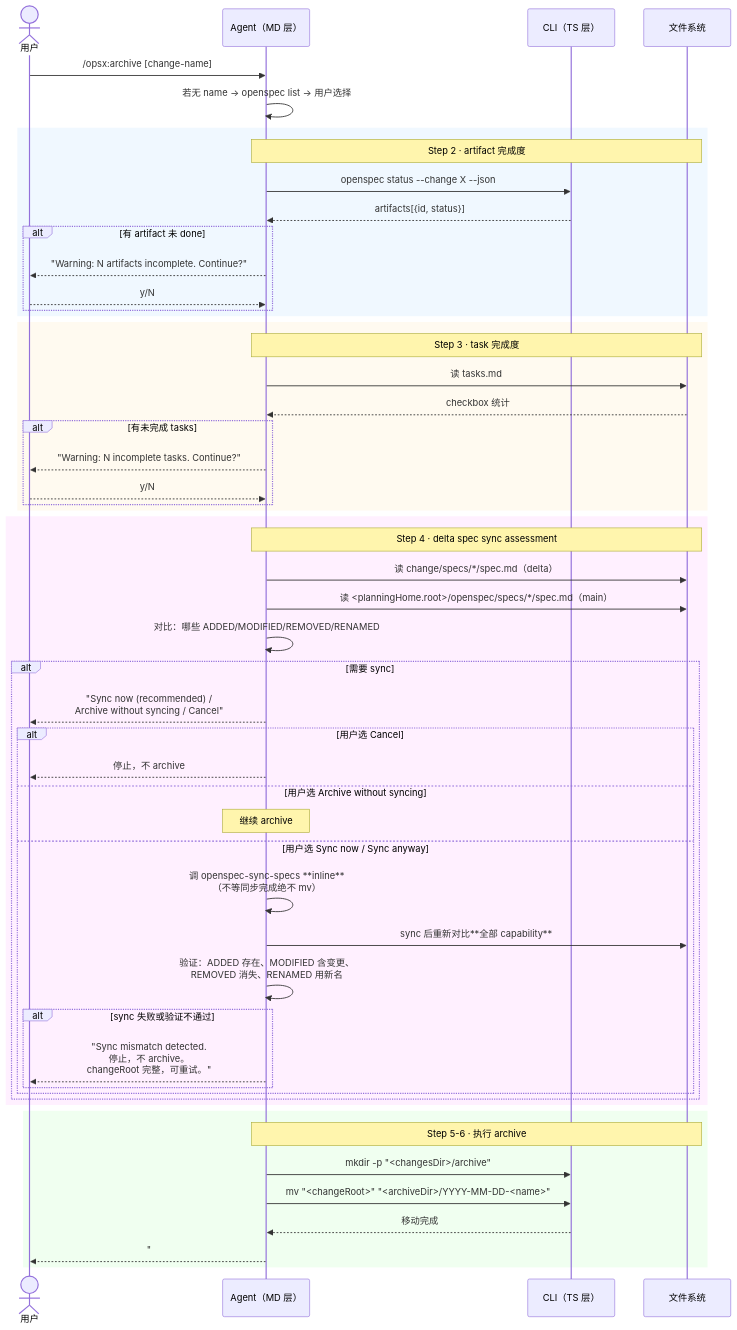
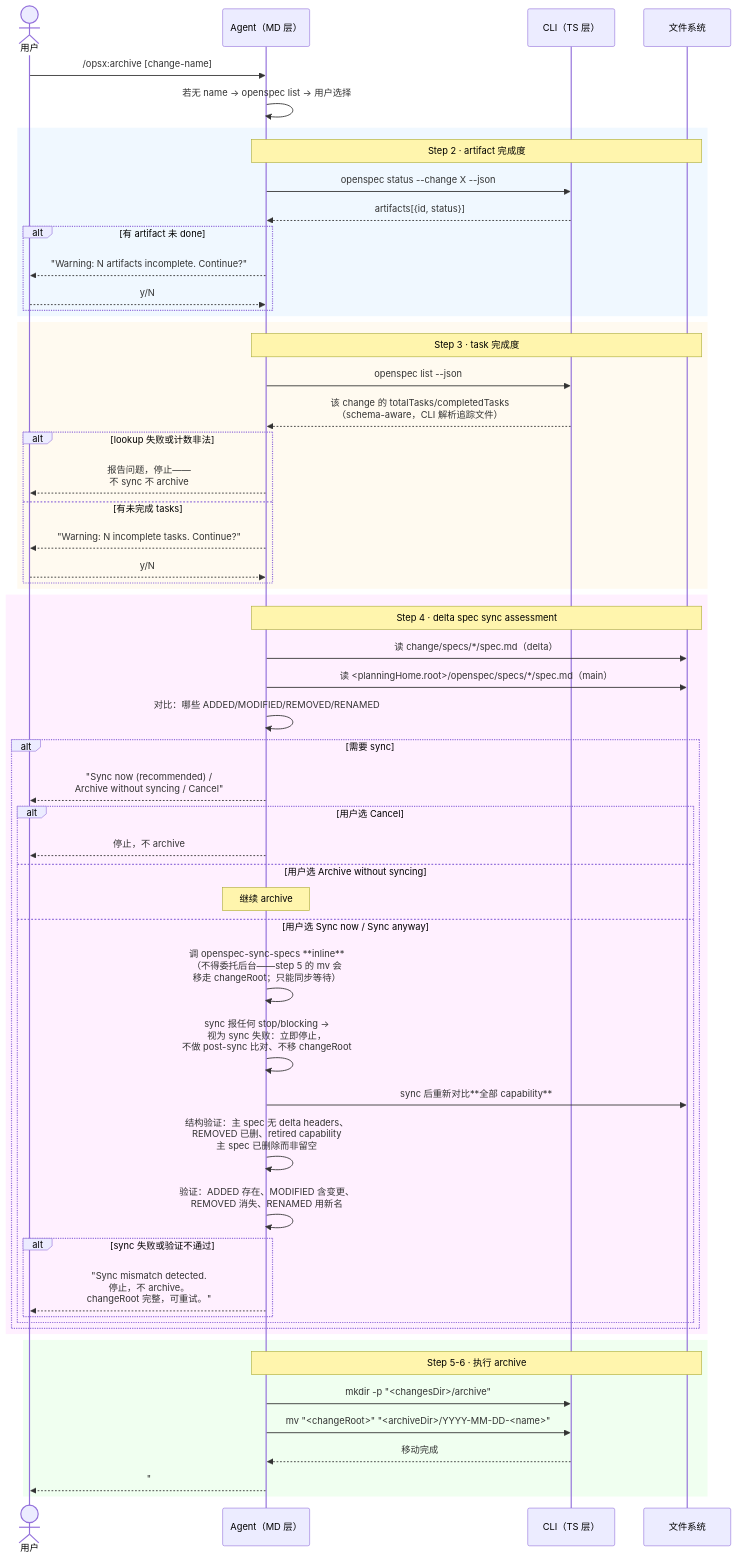
The diagram in _digested/workflows/09-archive.md (ethan-jiang-3/OpenSpec), drawn with Mermaid before and after one commit. The commit also changed other lines of this file and 54 other files, not shown here.

````diff
--- a/_digested/workflows/09-archive.md
+++ b/_digested/workflows/09-archive.md
@@ -49,60 +53,64 @@
 ```mermaid
 sequenceDiagram
     actor User as 用户
     participant MD as Agent（MD 层）
     participant TS as CLI（TS 层）
     participant FS as 文件系统
 
     User->>MD: /opsx:archive [change-name]
     MD->>MD: 若无 name → openspec list → 用户选择
 
     rect rgb(240, 248, 255)
         Note over MD,FS: Step 2 · artifact 完成度
         MD->>TS: openspec status --change X --json
         TS-->>MD: artifacts[{id, status}]
         alt 有 artifact 未 done
             MD-->>User: "Warning: N artifacts incomplete. Continue?"
             User-->>MD: y/N
         end
     end
 
     rect rgb(255, 250, 240)
         Note over MD,FS: Step 3 · task 完成度
-        MD->>FS: 读 tasks.md
-        FS-->>MD: checkbox 统计
-        alt 有未完成 tasks
+        MD->>TS: openspec list --json
+        TS-->>MD: 该 change 的 totalTasks/completedTasks<br/>（schema-aware，CLI 解析追踪文件）
+        alt lookup 失败或计数非法
+            MD-->>User: 报告问题，停止——<br/>不 sync 不 archive
+        else 有未完成 tasks
             MD-->>User: "Warning: N incomplete tasks. Continue?"
             User-->>MD: y/N
         end
     end
 
     rect rgb(255, 240, 255)
         Note over MD,FS: Step 4 · delta spec sync assessment
         MD->>FS: 读 change/specs/*/spec.md（delta）
         MD->>FS: 读 <planningHome.root>/openspec/specs/*/spec.md（main）
         MD->>MD: 对比：哪些 ADDED/MODIFIED/REMOVED/RENAMED
         alt 需要 sync
             MD-->>User: "Sync now (recommended) /<br/>Archive without syncing / Cancel"
             alt 用户选 Cancel
                 MD-->>User: 停止，不 archive
             else 用户选 Archive without syncing
                 Note over MD: 继续 archive
             else 用户选 Sync now / Sync anyway
-                MD->>MD: 调 openspec-sync-specs **inline**<br/>（不等同步完成绝不 mv）
+                MD->>MD: 调 openspec-sync-specs **inline**<br/>（不得委托后台——step 5 的 mv 会<br/>移走 changeRoot；只能同步等待）
+                MD->>MD: sync 报任何 stop/blocking →<br/>视为 sync 失败：立即停止，<br/>不做 post-sync 比对、不移 changeRoot
                 MD->>FS: sync 后重新对比**全部 capability**
+                MD->>MD: 结构验证：主 spec 无 delta headers、<br/>REMOVED 已删、retired capability<br/>主 spec 已删除而非留空
                 MD->>MD: 验证：ADDED 存在、MODIFIED 含变更、<br/>REMOVED 消失、RENAMED 用新名
                 alt sync 失败或验证不通过
                     MD-->>User: "Sync mismatch detected.<br/>停止，不 archive。<br/>changeRoot 完整，可重试。"
                 end
             end
         end
     end
 
     rect rgb(240, 255, 240)
         Note over MD,FS: Step 5-6 · 执行 archive
         MD->>TS: mkdir -p "<changesDir>/archive"
         MD->>TS: mv "<changeRoot>" "<archiveDir>/YYYY-MM-DD-<name>"
         TS-->>MD: 移动完成
         MD-->>User: "## Archive Complete<br/>Change: <name><br/>Specs: ✓ Synced"
     end
 ```
````
